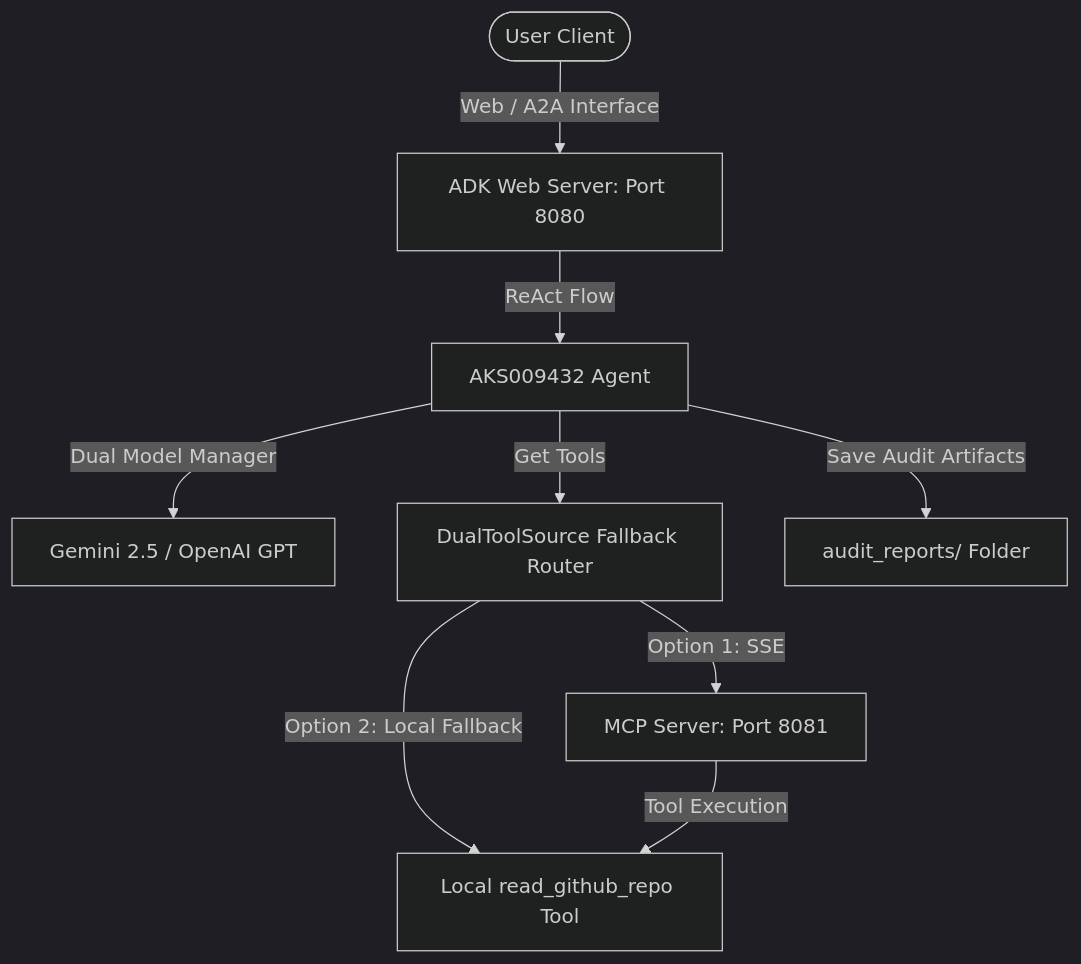
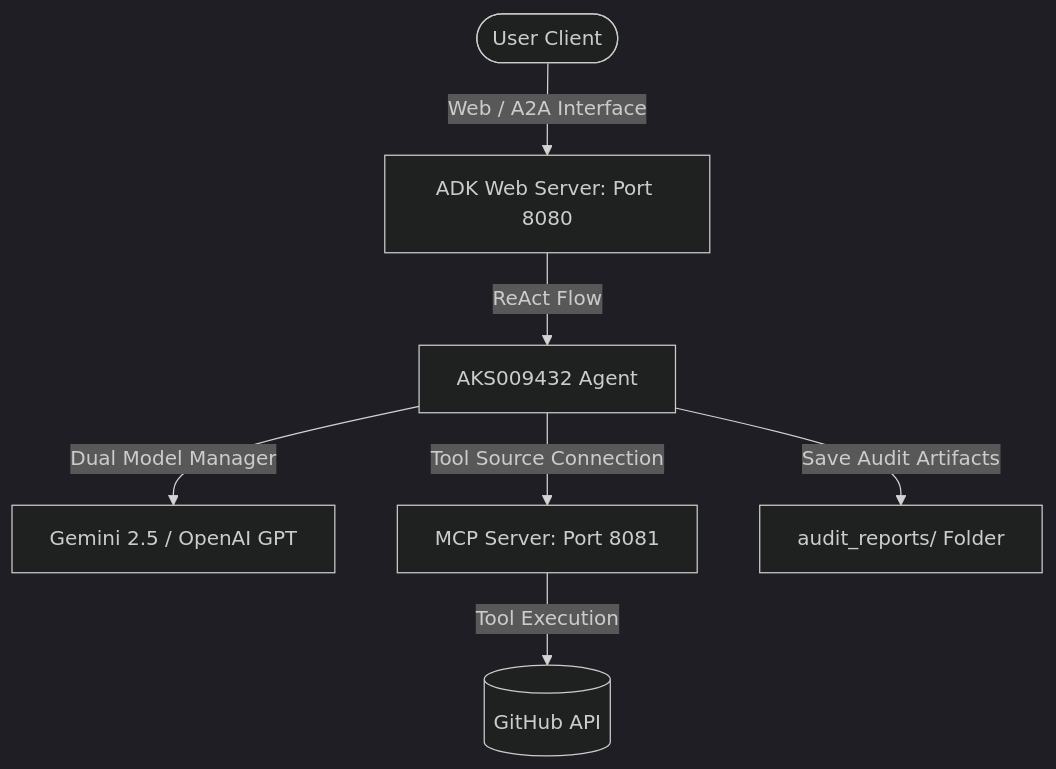
Before and after one commit to AKS009432/vibe-to-spec-agent: the diagram in USAGE.md, drawn with Mermaid (dark theme). The commit also changed other lines of this file, not shown here.

Commit message:
docs: remove local fallback reference and update Mode 1 example in USAGE.md

````diff
--- a/USAGE.md
+++ b/USAGE.md
@@ -117,11 +116,9 @@
 ```mermaid
 graph TD
     User([User Client]) -->|Web / A2A Interface| ADKApp[ADK Web Server: Port 8080]
     ADKApp -->|ReAct Flow| Agent[AKS009432 Agent]
     Agent -->|Dual Model Manager| LLM[Gemini 2.5 / OpenAI GPT]
-    Agent -->|Get Tools| DualSource[DualToolSource Fallback Router]
-    DualSource -->|Option 1: SSE| MCPServer[MCP Server: Port 8081]
-    DualSource -->|Option 2: Local Fallback| LocalTool[Local read_github_repo Tool]
-    MCPServer -->|Tool Execution| LocalTool
+    Agent -->|Tool Source Connection| MCPServer[MCP Server: Port 8081]
+    MCPServer -->|Tool Execution| GitHub[(GitHub API)]
     Agent -->|Save Audit Artifacts| Reports[audit_reports/ Folder]
 ```
````
